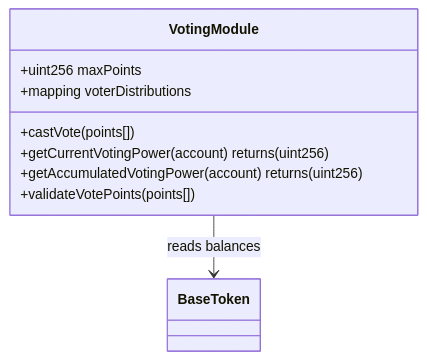
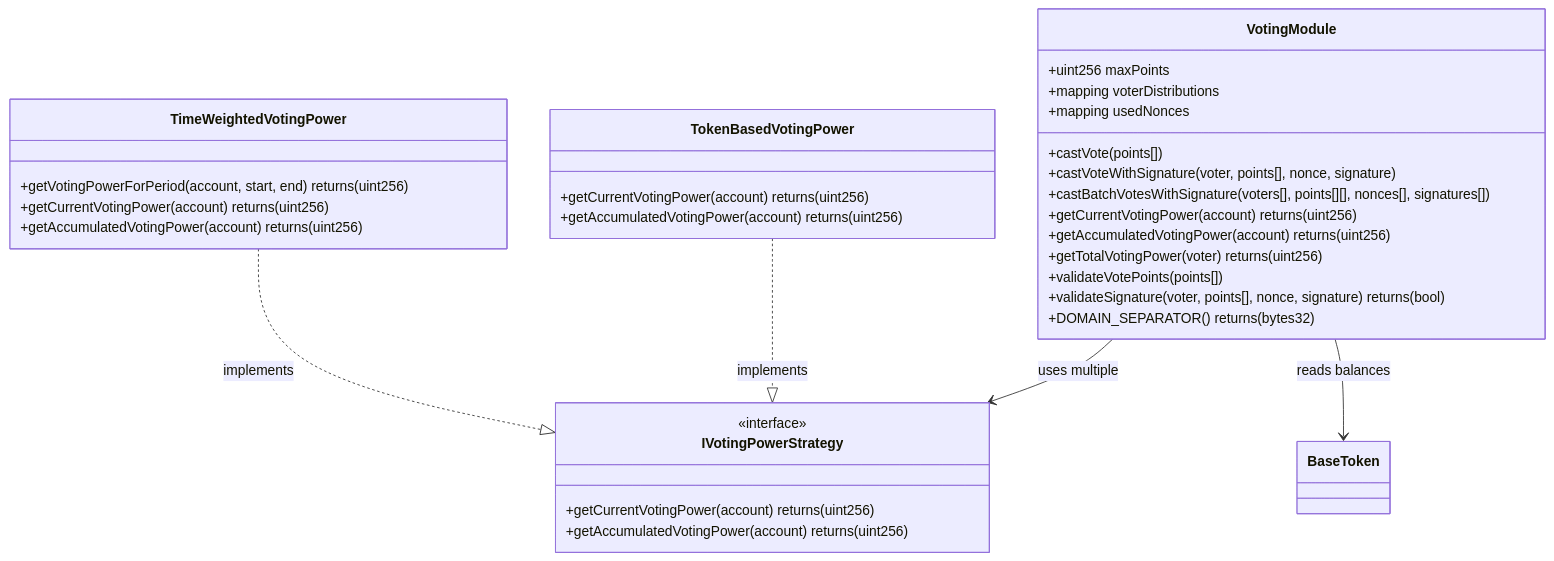
The fourth of 14 diagrams in README.md (BreadchainCoop/breadkit), drawn with Mermaid before and after one commit. The commit also changed other lines of this file and 2 other files, not shown here.

Commit message:
docs: add comprehensive signature generation documentation
- Add VotingModuleSignatures.md with detailed examples for JavaScript/TypeScript, Python
- Include examples for ethers.js v6, viem, and web3.py
- Document EIP-712 domain parameters and vote type structure
- Provide batch voting examples and troubleshooting guide
- Add security considerations and best practices
- Update README.md to reference signature documentation
- Add inline documentation references in VotingModule.sol

This documentation enables developers to easily generate valid EIP-712 signatures
for gasless voting operations in the BreadKit Voting Module.

🤖 Generated with [Claude Code](https://claude.ai/code)

````diff
--- a/README.md
+++ b/README.md
@@ -295,13 +297,39 @@
 ```mermaid
 classDiagram
     class VotingModule {
         +uint256 maxPoints
         +mapping voterDistributions
+        +mapping usedNonces
         +castVote(points[])
+        +castVoteWithSignature(voter, points[], nonce, signature)
+        +castBatchVotesWithSignature(voters[], points[][], nonces[], signatures[])
         +getCurrentVotingPower(account) returns(uint256)
         +getAccumulatedVotingPower(account) returns(uint256)
+        +getTotalVotingPower(voter) returns(uint256)
         +validateVotePoints(points[])
+        +validateSignature(voter, points[], nonce, signature) returns(bool)
+        +DOMAIN_SEPARATOR() returns(bytes32)
     }
     
+    class IVotingPowerStrategy {
+        <<interface>>
+        +getCurrentVotingPower(account) returns(uint256)
+        +getAccumulatedVotingPower(account) returns(uint256)
+    }
+    
+    class TokenBasedVotingPower {
+        +getCurrentVotingPower(account) returns(uint256)
+        +getAccumulatedVotingPower(account) returns(uint256)
+    }
+    
+    class TimeWeightedVotingPower {
+        +getVotingPowerForPeriod(account, start, end) returns(uint256)
+        +getCurrentVotingPower(account) returns(uint256)
+        +getAccumulatedVotingPower(account) returns(uint256)
+    }
+    
+    VotingModule --> IVotingPowerStrategy : uses multiple
     VotingModule --> BaseToken : reads balances
+    TokenBasedVotingPower ..|> IVotingPowerStrategy : implements
+    TimeWeightedVotingPower ..|> IVotingPowerStrategy : implements
 ```
````
